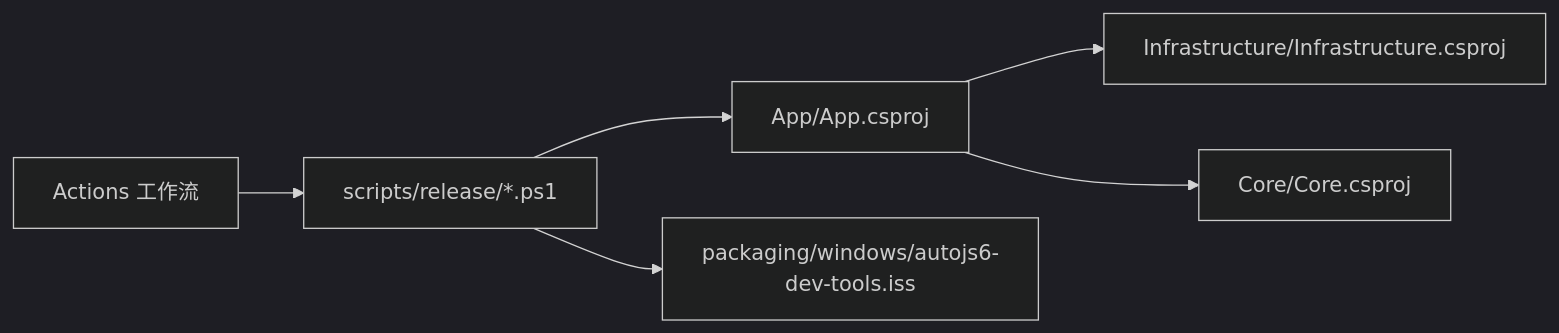
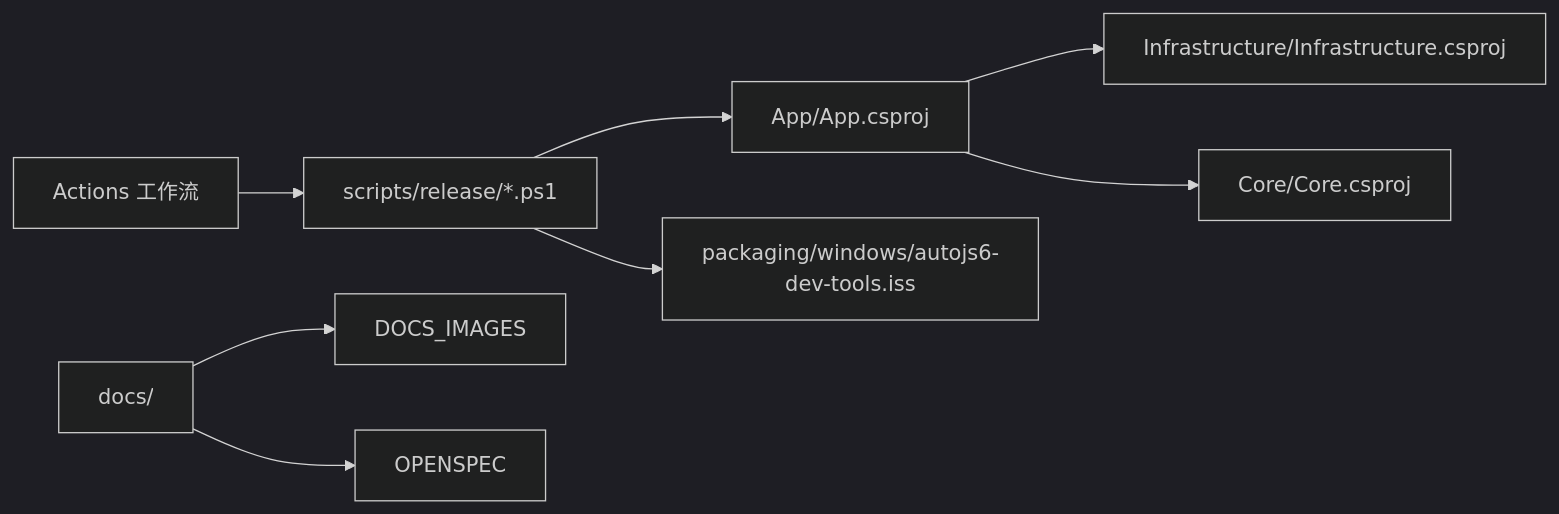
Before and after one commit to terwer/autojs6-dev-tools: the seventh of 7 diagrams in .qoder/repowiki/zh/content/开发指南/部署与发布流程.md, drawn with Mermaid (dark theme). The commit also changed other lines of this file and 4 other files, not shown here.

````diff
--- a/.qoder/repowiki/zh/content/开发指南/部署与发布流程.md
+++ b/.qoder/repowiki/zh/content/开发指南/部署与发布流程.md
@@ -363,8 +381,10 @@
 ```mermaid
 graph LR
 APP["App/App.csproj"] --> INFRA["Infrastructure/Infrastructure.csproj"]
 APP --> CORE["Core/Core.csproj"]
 SCRIPTS["scripts/release/*.ps1"] --> APP
 SCRIPTS --> ISS["packaging/windows/autojs6-dev-tools.iss"]
 GH["Actions 工作流"] --> SCRIPTS
+DOCS["docs/"] --> DOCS_IMAGES
+DOCS --> OPENSPEC
 ```
````
